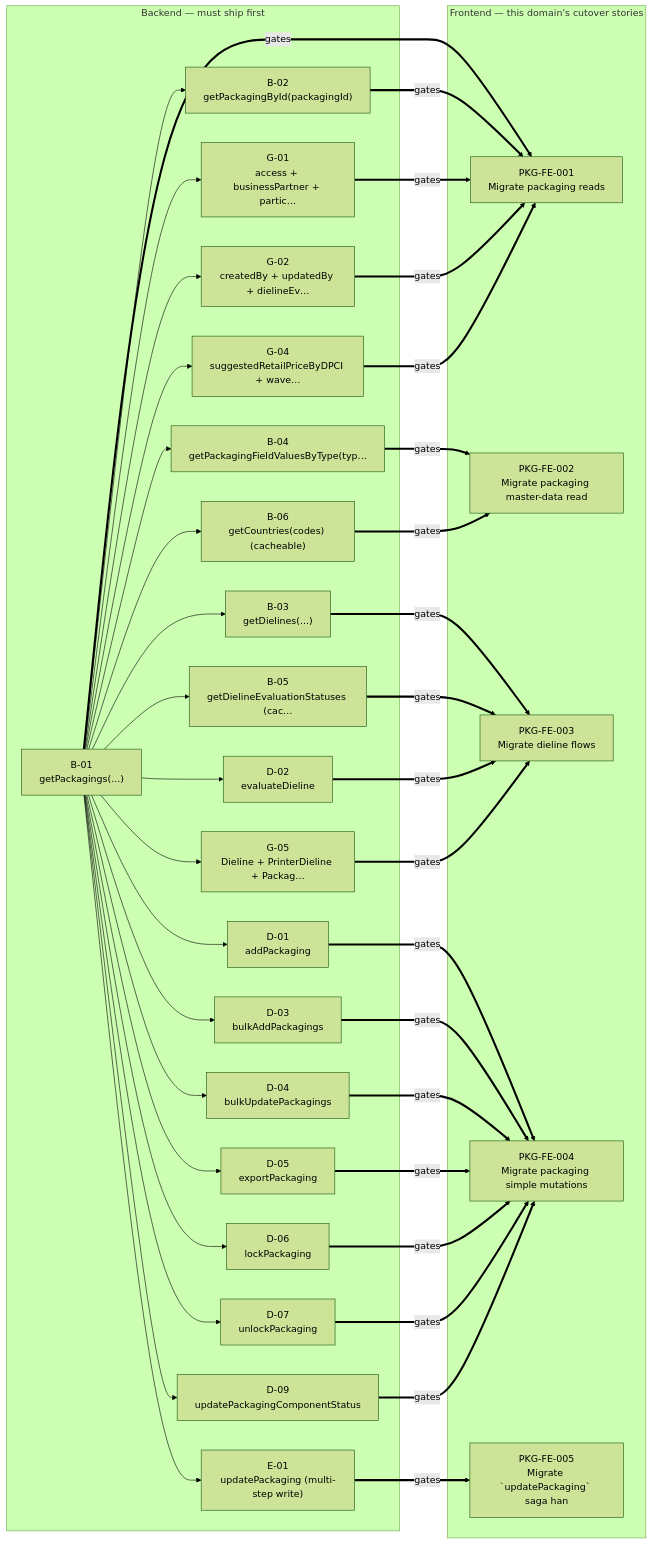
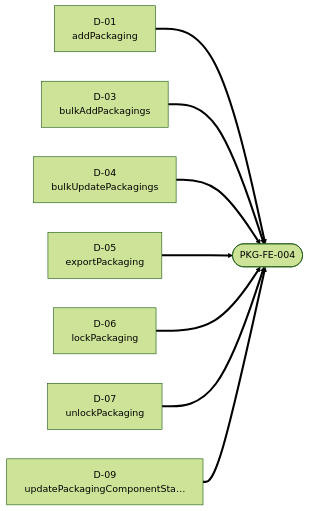
The fifth of 6 diagrams in finalArtifacts/summary/packaging/story-dependency-graph-packaging.md (SarithaMathai/migration), drawn with Mermaid (forest theme) before and after one commit. The commit also changed other lines of this file and 27 other files, not shown here.

First line of the commit message:
Redesign story dependency graphs for legibility

````diff
--- a/finalArtifacts/summary/packaging/story-dependency-graph-packaging.md
+++ b/finalArtifacts/summary/packaging/story-dependency-graph-packaging.md
@@ -74,68 +127,18 @@
 ```mermaid
 flowchart LR
-  subgraph BE["Backend — must ship first"]
-    NB_01["B-01<br/>getPackagings(...)"]
-    NB_02["B-02<br/>getPackagingById(packagingId)"]
-    NB_03["B-03<br/>getDielines(...)"]
-    NB_04["B-04<br/>getPackagingFieldValuesByType(typ…"]
-    NB_05["B-05<br/>getDielineEvaluationStatuses (cac…"]
-    NB_06["B-06<br/>getCountries(codes) (cacheable)"]
-    ND_01["D-01<br/>addPackaging"]
-    ND_02["D-02<br/>evaluateDieline"]
-    ND_03["D-03<br/>bulkAddPackagings"]
-    ND_04["D-04<br/>bulkUpdatePackagings"]
-    ND_05["D-05<br/>exportPackaging"]
-    ND_06["D-06<br/>lockPackaging"]
-    ND_07["D-07<br/>unlockPackaging"]
-    ND_09["D-09<br/>updatePackagingComponentStatus"]
-    NE_01["E-01<br/>updatePackaging (multi-step write)"]
-    NG_01["G-01<br/>access + businessPartner + partic…"]
-    NG_02["G-02<br/>createdBy + updatedBy + dielineEv…"]
-    NG_04["G-04<br/>suggestedRetailPriceByDPCI + wave…"]
-    NG_05["G-05<br/>Dieline + PrinterDieline + Packag…"]
-  end
-  subgraph FE["Frontend — this domain's cutover stories"]
-    NPKG_FE_001["PKG-FE-001<br/>Migrate packaging reads"]
-    NPKG_FE_002["PKG-FE-002<br/>Migrate packaging master-data read"]
-    NPKG_FE_003["PKG-FE-003<br/>Migrate dieline flows"]
-    NPKG_FE_004["PKG-FE-004<br/>Migrate packaging simple mutations"]
-    NPKG_FE_005["PKG-FE-005<br/>Migrate `updatePackaging` saga han"]
-  end
-  NB_01 --> NG_05
-  NB_01 --> ND_02
-  NB_01 --> NB_04
-  NB_01 --> NG_04
-  NB_01 --> NB_03
-  NB_01 --> NB_05
-  NB_01 --> NG_02
-  NB_01 --> NE_01
-  NB_01 --> ND_04
-  NB_01 --> ND_06
-  NB_01 --> ND_03
-  NB_01 --> ND_05
-  NB_01 --> NB_02
-  NB_01 --> ND_07
-  NB_01 --> NB_06
-  NB_01 --> NG_01
-  NB_01 --> ND_09
-  NB_01 --> ND_01
-  NB_01 ==>|gates| NPKG_FE_001
-  NB_02 ==>|gates| NPKG_FE_001
-  NG_01 ==>|gates| NPKG_FE_001
-  NG_02 ==>|gates| NPKG_FE_001
-  NG_04 ==>|gates| NPKG_FE_001
-  NB_04 ==>|gates| NPKG_FE_002
-  NB_06 ==>|gates| NPKG_FE_002
-  NB_03 ==>|gates| NPKG_FE_003
-  NB_05 ==>|gates| NPKG_FE_003
-  ND_02 ==>|gates| NPKG_FE_003
-  NG_05 ==>|gates| NPKG_FE_003
-  ND_01 ==>|gates| NPKG_FE_004
-  ND_03 ==>|gates| NPKG_FE_004
-  ND_04 ==>|gates| NPKG_FE_004
-  ND_05 ==>|gates| NPKG_FE_004
-  ND_06 ==>|gates| NPKG_FE_004
-  ND_07 ==>|gates| NPKG_FE_004
-  ND_09 ==>|gates| NPKG_FE_004
-  NE_01 ==>|gates| NPKG_FE_005
+  ND_01["D-01<br/>addPackaging"]
+  ND_03["D-03<br/>bulkAddPackagings"]
+  ND_04["D-04<br/>bulkUpdatePackagings"]
+  ND_05["D-05<br/>exportPackaging"]
+  ND_06["D-06<br/>lockPackaging"]
+  ND_07["D-07<br/>unlockPackaging"]
+  ND_09["D-09<br/>updatePackagingComponentSta…"]
+  NPKG_FE_004(["PKG-FE-004"])
+  ND_01 ==> NPKG_FE_004
+  ND_03 ==> NPKG_FE_004
+  ND_04 ==> NPKG_FE_004
+  ND_05 ==> NPKG_FE_004
+  ND_06 ==> NPKG_FE_004
+  ND_07 ==> NPKG_FE_004
+  ND_09 ==> NPKG_FE_004
 ```
````
